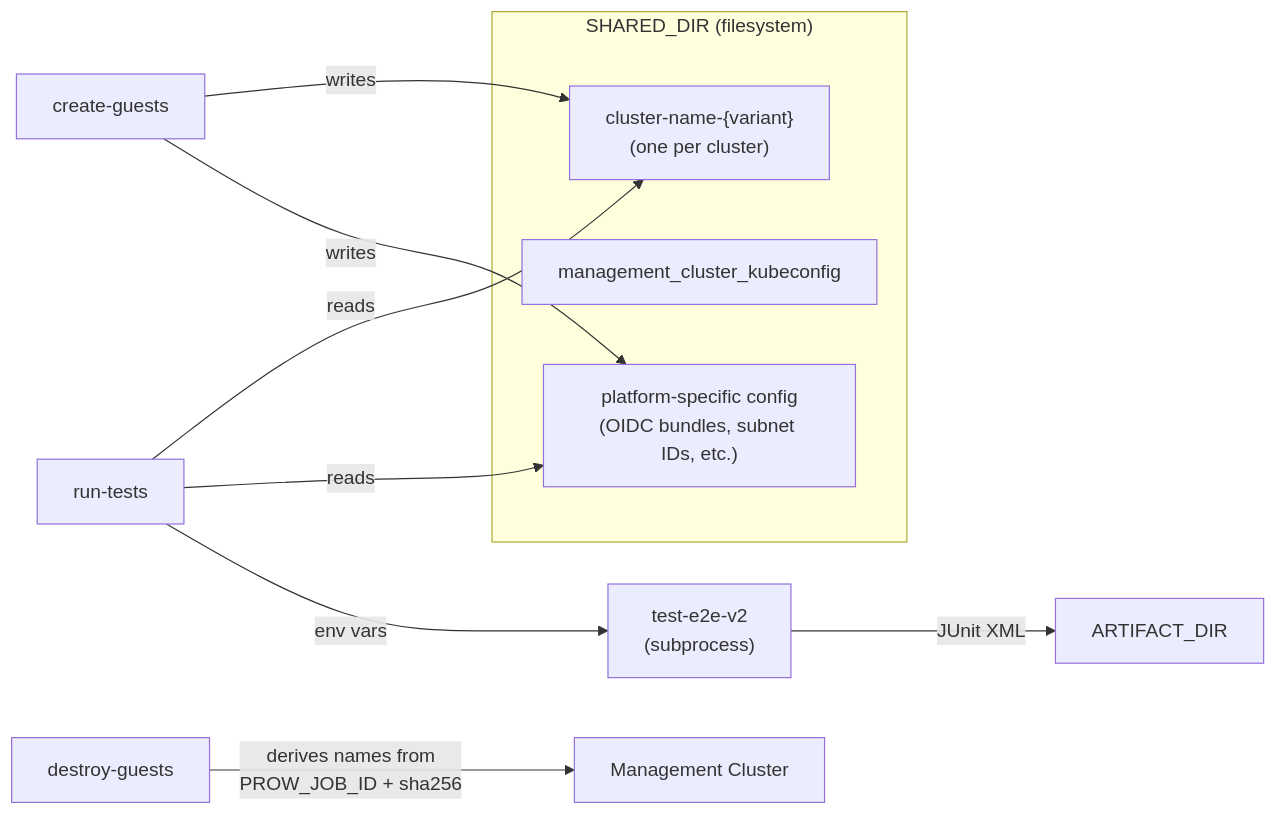
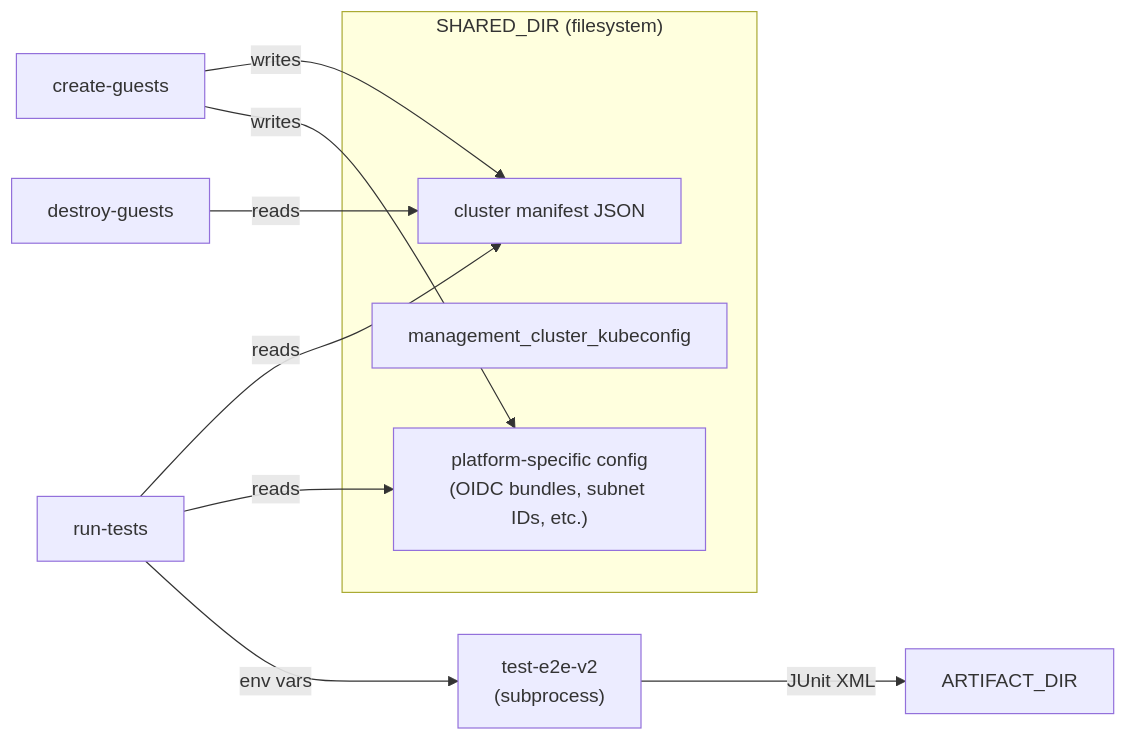
The fourth of 4 diagrams in docs/content/reference/e2e-v2-test-flow.md (openshift/hypershift), drawn with Mermaid before and after one commit. The commit also changed other lines of this file and 1 other file, not shown here.

First line of the commit message:
fix(docs): update e2e v2 flow docs

````diff
--- a/docs/content/reference/e2e-v2-test-flow.md
+++ b/docs/content/reference/e2e-v2-test-flow.md
@@ -383,19 +370,18 @@
 ```mermaid
 flowchart LR
     subgraph "SHARED_DIR (filesystem)"
-        F1["cluster-name-{variant}<br/>(one per cluster)"]
+        F1["cluster manifest JSON"]
         F2["management_cluster_kubeconfig"]
         F3["platform-specific config<br/>(OIDC bundles, subnet IDs, etc.)"]
     end
 
     CG["create-guests"] -->|"writes"| F1
     CG -->|"writes"| F3
 
     RT["run-tests"] -->|"reads"| F1
     RT -->|"reads"| F3
     RT -->|"env vars"| TB["test-e2e-v2<br/>(subprocess)"]
     TB -->|"JUnit XML"| AD["ARTIFACT_DIR"]
 
-    DG["destroy-guests"] -->|"derives names from<br/>PROW_JOB_ID + sha256"| MC["Management Cluster"]
-
+    DG["destroy-guests"] -->|"reads"| F1
 ```
````
